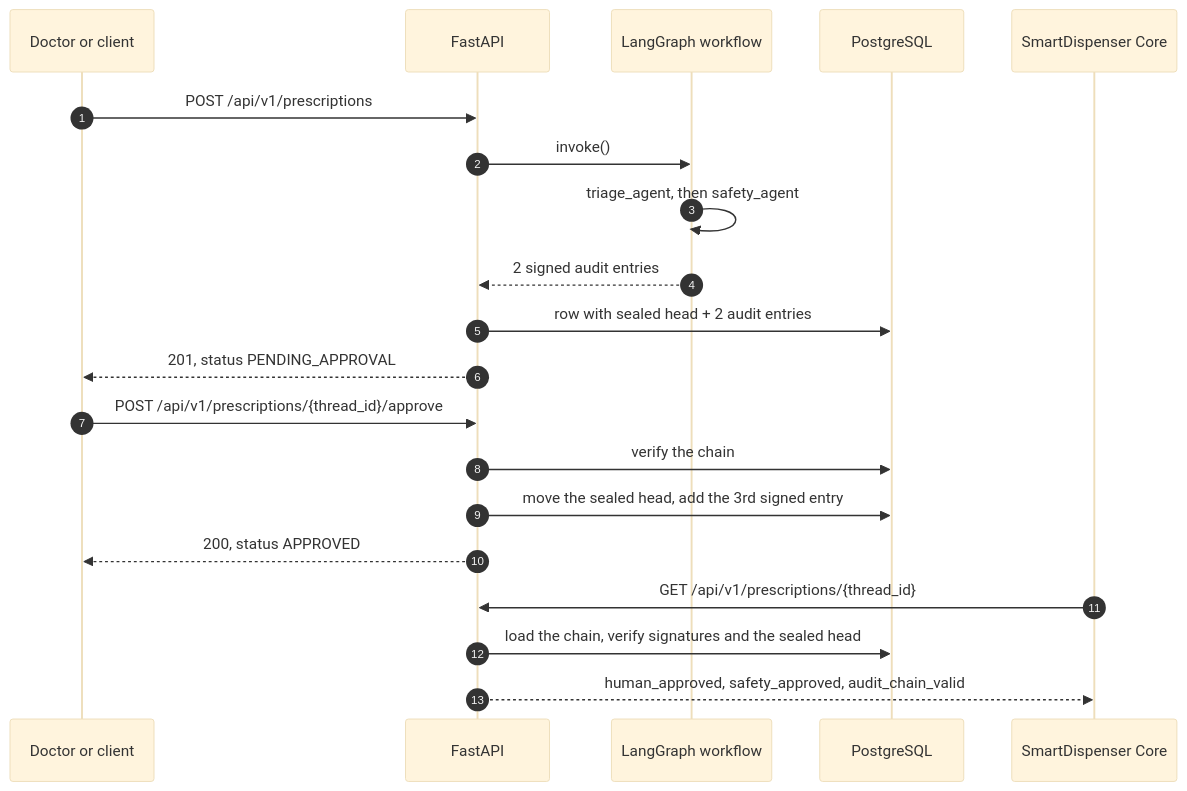
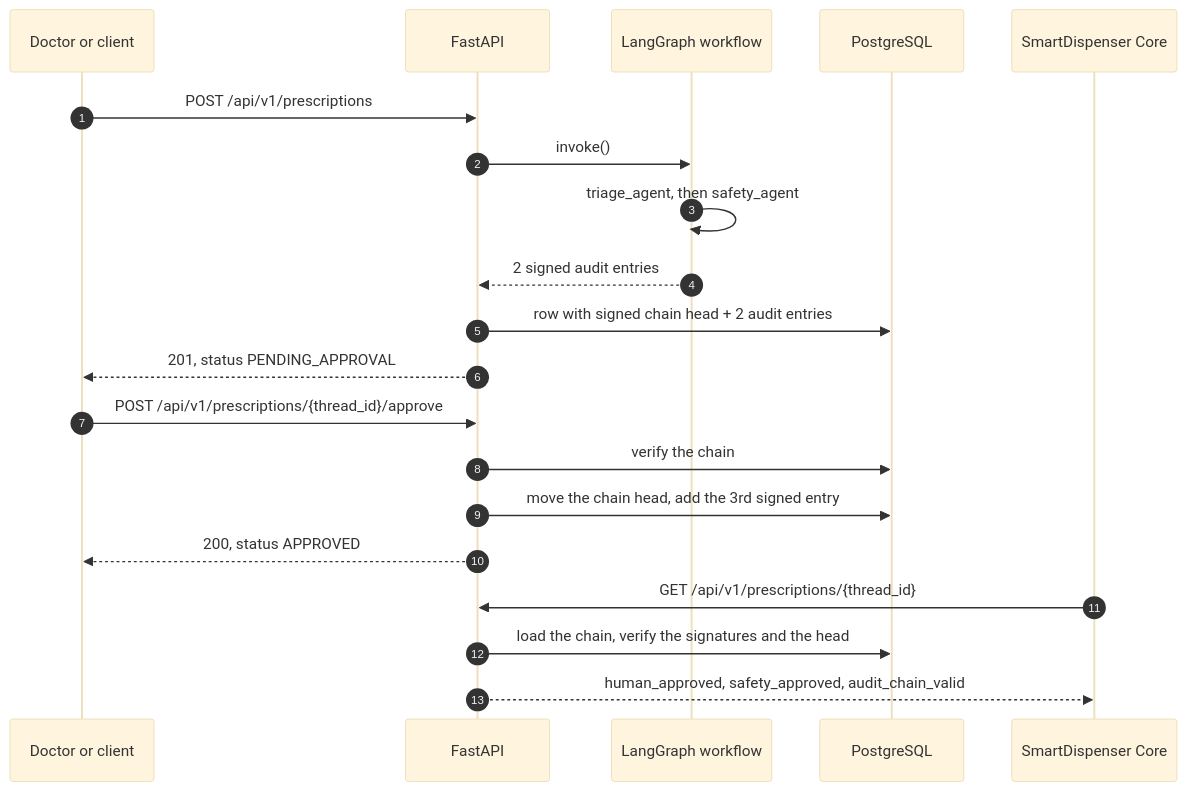
Before and after one commit to kauan287/healthtech-agent-orchestrator: the diagram in README.md, drawn with Mermaid (base theme). The commit also changed other lines of this file, not shown here.

````diff
--- a/README.md
+++ b/README.md
@@ -14,25 +15,25 @@
 ```mermaid
 sequenceDiagram
     autonumber
     participant D as Doctor or client
     participant API as FastAPI
     participant G as LangGraph workflow
     participant DB as PostgreSQL
     participant SD as SmartDispenser Core
 
     D->>API: POST /api/v1/prescriptions
     API->>G: invoke()
     G->>G: triage_agent, then safety_agent
     G-->>API: 2 signed audit entries
-    API->>DB: row with sealed head + 2 audit entries
+    API->>DB: row with signed chain head + 2 audit entries
     API-->>D: 201, status PENDING_APPROVAL
 
     D->>API: POST /api/v1/prescriptions/{thread_id}/approve
     API->>DB: verify the chain
-    API->>DB: move the sealed head, add the 3rd signed entry
+    API->>DB: move the chain head, add the 3rd signed entry
     API-->>D: 200, status APPROVED
 
     SD->>API: GET /api/v1/prescriptions/{thread_id}
-    API->>DB: load the chain, verify signatures and the sealed head
+    API->>DB: load the chain, verify the signatures and the head
     API-->>SD: human_approved, safety_approved, audit_chain_valid
 ```
````
